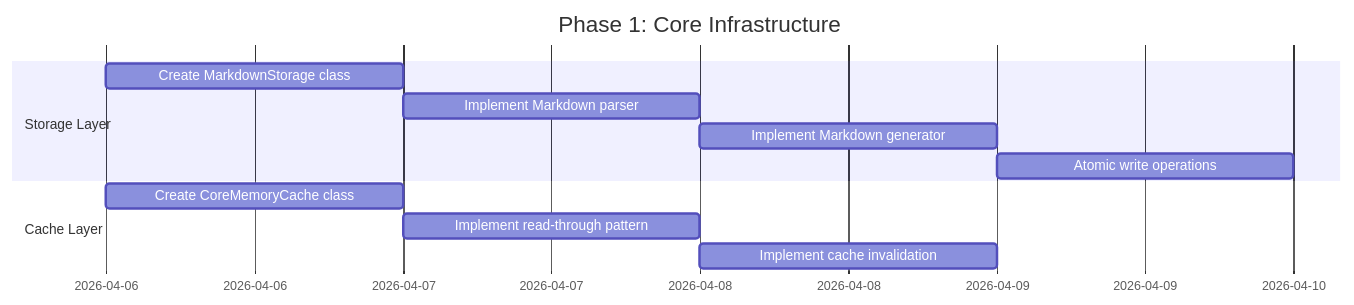
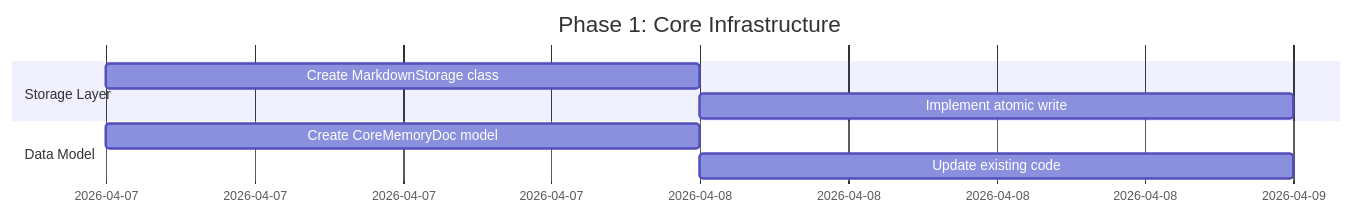
The fifth of 7 diagrams in plans/memories/t3_update_memory.md (Flowerf19/Harness_agent), drawn with Mermaid before and after one commit. The commit also changed other lines of this file and 3 other files, not shown here.

First line of the commit message:
feat: Implement Markdown-based storage for Core Memory and LM Studio LLM Service

````diff
--- a/plans/memories/t3_update_memory.md
+++ b/plans/memories/t3_update_memory.md
@@ -911,15 +1096,12 @@
 ```mermaid
 gantt
     title Phase 1: Core Infrastructure
     dateFormat  YYYY-MM-DD
     section Storage Layer
-    Create MarkdownStorage class    :a1, 2026-04-06, 1d
-    Implement Markdown parser        :a2, after a1, 1d
-    Implement Markdown generator     :a3, after a2, 1d
-    Atomic write operations          :a4, after a3, 1d
+    Create MarkdownStorage class    :a1, 2026-04-07, 1d
+    Implement atomic write           :a2, after a1, 0.5d
     
-    section Cache Layer
-    Create CoreMemoryCache class    :b1, 2026-04-06, 1d
-    Implement read-through pattern   :b2, after b1, 1d
-    Implement cache invalidation     :b3, after b2, 1d
+    section Data Model
+    Create CoreMemoryDoc model      :b1, 2026-04-07, 0.5d
+    Update existing code            :b2, after b1, 0.5d
 ```
````
